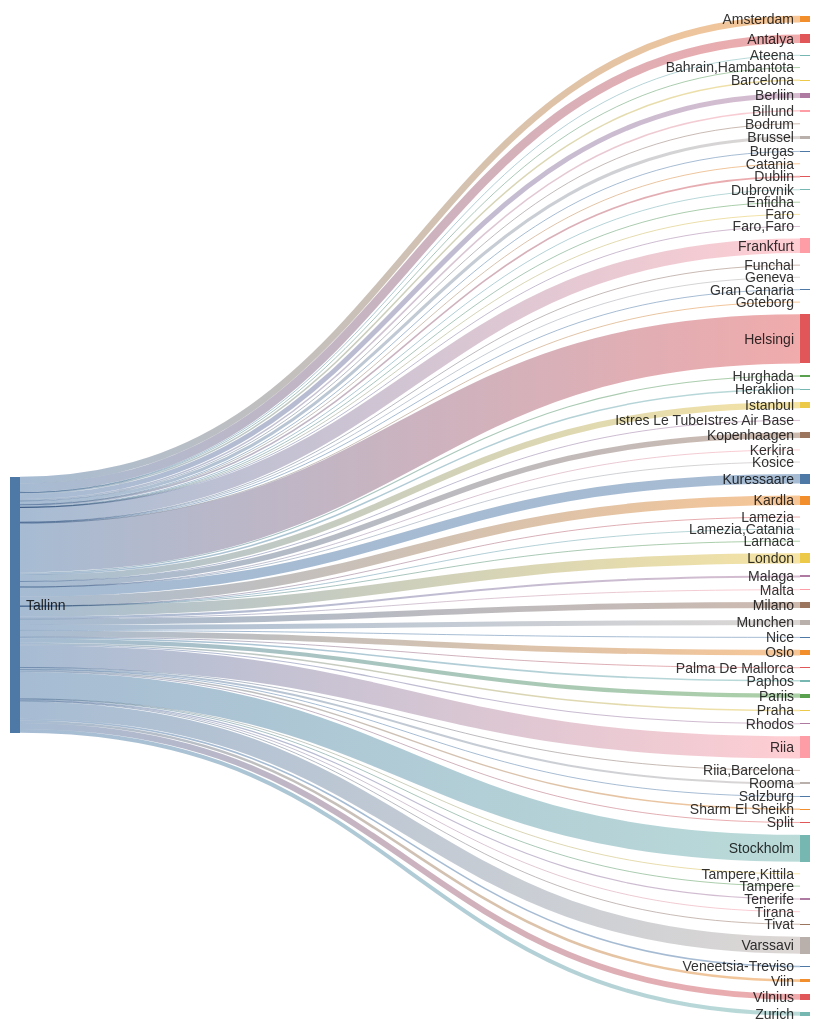
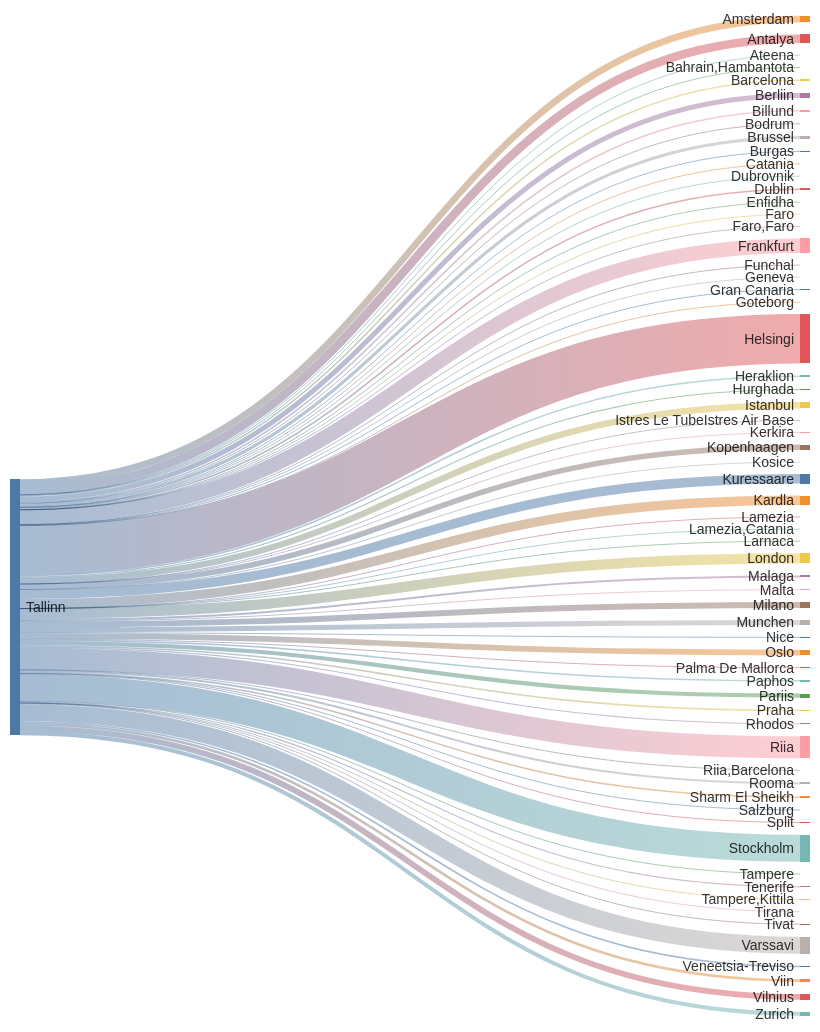
One commit to rainermesi/tll-airport-departures changed the second of 2 diagrams in README.md. Above: the diagram before and after it, drawn with Mermaid. The commit also changed other lines of this file, not shown here.

````diff
--- a/README.md
+++ b/README.md
@@ -34,76 +34,76 @@
 ```mermaid
 ---
 config:
   sankey:
     showValues: false
     width: 800
     height: 1000
 ---
 sankey-beta
 %% source,target,value
-Tallinn,Amsterdam,204
+Tallinn,Amsterdam,205
 Tallinn,Antalya,264
 Tallinn,Ateena,16
 Tallinn,"Bahrain,Hambantota",1
-Tallinn,Barcelona,47
-Tallinn,Berliin,152
+Tallinn,Barcelona,48
+Tallinn,Berliin,153
 Tallinn,Billund,49
 Tallinn,Bodrum,11
-Tallinn,Brussel,95
+Tallinn,Brussel,96
 Tallinn,Burgas,21
 Tallinn,Catania,2
 Tallinn,Dublin,49
 Tallinn,Dubrovnik,21
 Tallinn,Enfidha,7
 Tallinn,Faro,4
 Tallinn,"Faro,Faro",1
-Tallinn,Frankfurt,449
+Tallinn,Frankfurt,452
 Tallinn,Funchal,5
 Tallinn,Geneva,4
-Tallinn,Gran Canaria,23
+Tallinn,Gran Canaria,24
 Tallinn,Goteborg,1
-Tallinn,Helsingi,1517
+Tallinn,Helsingi,1526
 Tallinn,Heraklion,46
 Tallinn,Hurghada,34
-Tallinn,Istanbul,195
+Tallinn,Istanbul,197
 Tallinn,Istres Le TubeIstres Air Base,2
 Tallinn,Kerkira,4
-Tallinn,Kopenhaagen,168
+Tallinn,Kopenhaagen,169
 Tallinn,Kosice,1
-Tallinn,Kuressaare,292
-Tallinn,Kardla,292
+Tallinn,Kuressaare,293
+Tallinn,Kardla,293
 Tallinn,Lamezia,1
 Tallinn,"Lamezia,Catania",3
 Tallinn,Larnaca,4
-Tallinn,London,313
+Tallinn,London,315
 Tallinn,Malaga,62
 Tallinn,Malta,15
-Tallinn,Milano,183
+Tallinn,Milano,184
 Tallinn,Munchen,156
 Tallinn,Nice,25
-Tallinn,Oslo,173
+Tallinn,Oslo,175
 Tallinn,Palma De Mallorca,19
 Tallinn,Paphos,48
-Tallinn,Pariis,127
+Tallinn,Pariis,128
 Tallinn,Praha,49
 Tallinn,Rhodos,32
-Tallinn,Riia,678
+Tallinn,Riia,682
 Tallinn,"Riia,Barcelona",1
-Tallinn,Rooma,61
+Tallinn,Rooma,62
 Tallinn,Salzburg,5
-Tallinn,Sharm El Sheikh,46
+Tallinn,Sharm El Sheikh,47
 Tallinn,Split,25
-Tallinn,Stockholm,826
+Tallinn,Stockholm,831
 Tallinn,Tampere,17
 Tallinn,"Tampere,Kittila",5
 Tallinn,Tenerife,35
 Tallinn,Tirana,8
 Tallinn,Tivat,26
-Tallinn,Varssavi,525
-Tallinn,Veneetsia-Treviso,49
+Tallinn,Varssavi,528
+Tallinn,Veneetsia-Treviso,50
 Tallinn,Viin,80
-Tallinn,Vilnius,181
-Tallinn,Zurich,122
+Tallinn,Vilnius,182
+Tallinn,Zurich,123
 
 
 ```
````
